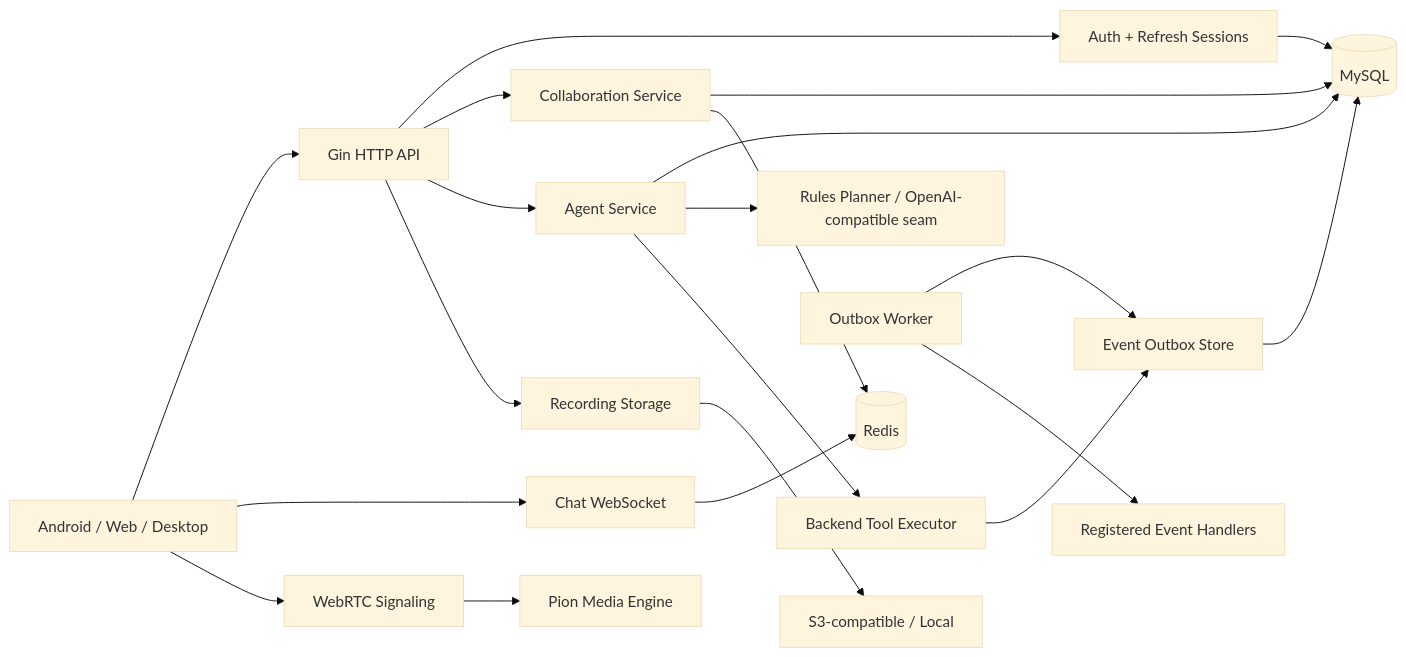
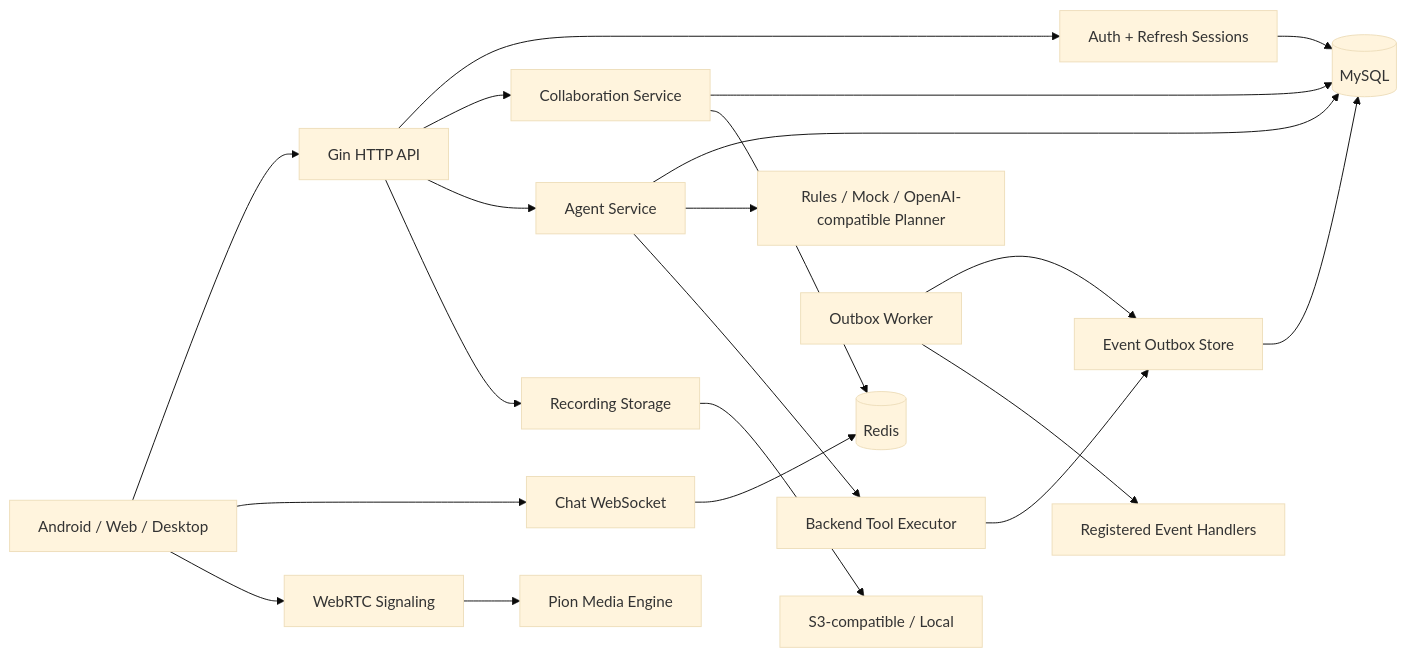
One commit to XianingY/AllCallAll changed the first of 3 diagrams in docs/interview/system-design.md. Above: the diagram before and after it, drawn with Mermaid (base theme). The commit also changed other lines of this file, not shown here.

Commit message:
Document interview system design flow

````diff
--- a/docs/interview/system-design.md
+++ b/docs/interview/system-design.md
@@ -11,27 +11,27 @@
 ```mermaid
 flowchart LR
     Client["Android / Web / Desktop"] --> API["Gin HTTP API"]
     Client --> WS["Chat WebSocket"]
     Client --> RTC["WebRTC Signaling"]
 
     API --> Auth["Auth + Refresh Sessions"]
     API --> Collab["Collaboration Service"]
     API --> Agent["Agent Service"]
     API --> Storage["Recording Storage"]
 
     Collab --> MySQL[("MySQL")]
     Auth --> MySQL
     Agent --> MySQL
     Storage --> S3["S3-compatible / Local"]
 
     Collab --> Redis[("Redis")]
     WS --> Redis
     RTC --> Media["Pion Media Engine"]
 
-    Agent --> Planner["Rules Planner / OpenAI-compatible seam"]
+    Agent --> Planner["Rules / Mock / OpenAI-compatible Planner"]
     Agent --> Tools["Backend Tool Executor"]
     Tools --> Outbox["Event Outbox Store"]
     Outbox --> MySQL
     Worker["Outbox Worker"] --> Outbox
     Worker --> Handlers["Registered Event Handlers"]
 ```
````
